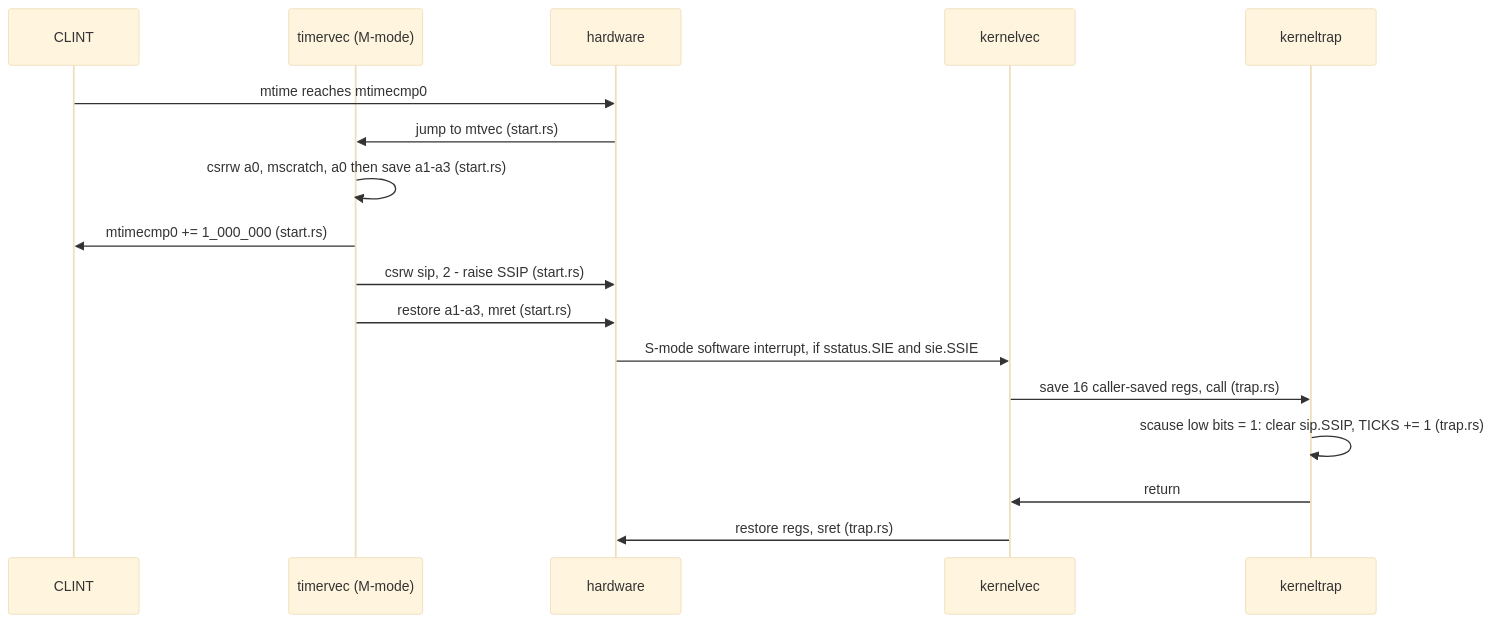
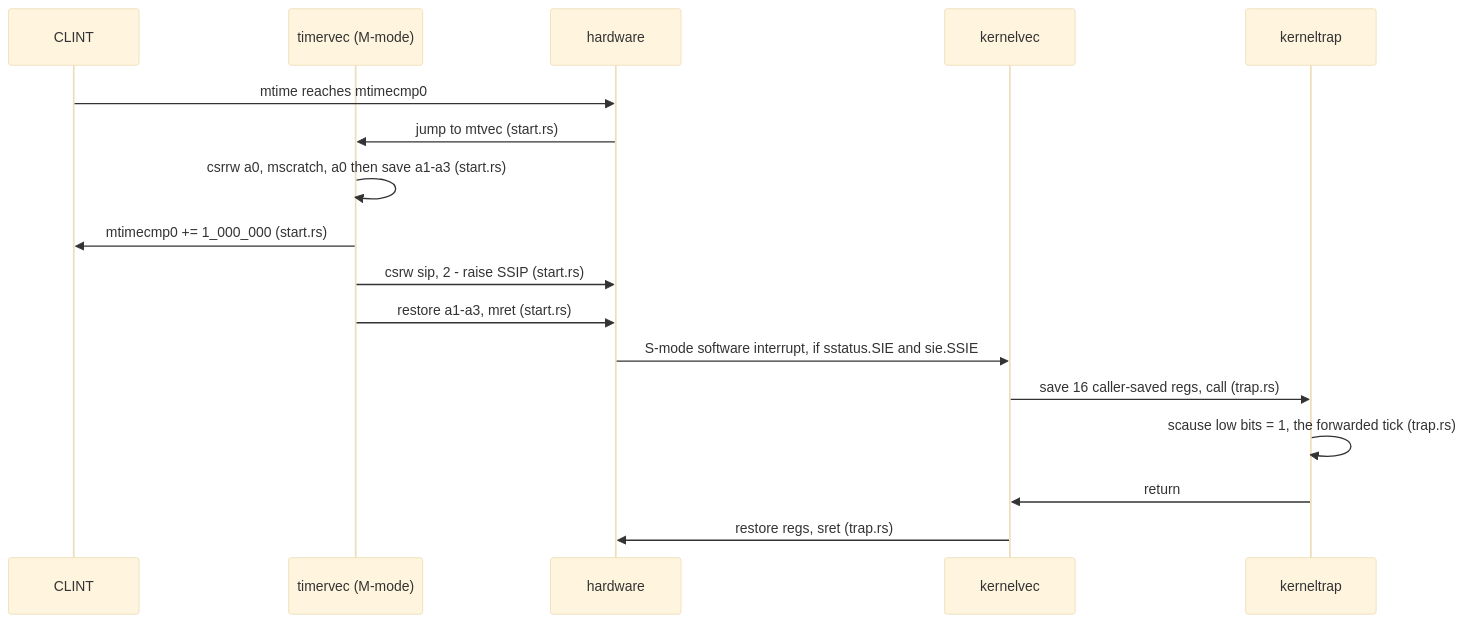
The third of 5 diagrams in docs/guides/rv6-architecture.md (USF-CS326-F26/USF-CS326-F26.github.io), drawn with Mermaid (base theme) before and after one commit. The commit also changed other lines of this file and 60 other files, not shown here.

````diff
--- a/docs/guides/rv6-architecture.md
+++ b/docs/guides/rv6-architecture.md
@@ -364,19 +364,19 @@
 ```mermaid
 sequenceDiagram
     participant CLINT
     participant timervec as timervec (M-mode)
     participant HW as hardware
     participant kernelvec
     participant kerneltrap
     CLINT->>HW: mtime reaches mtimecmp0
     HW->>timervec: jump to mtvec (start.rs)
     timervec->>timervec: csrrw a0, mscratch, a0 then save a1-a3 (start.rs)
     timervec->>CLINT: mtimecmp0 += 1_000_000 (start.rs)
     timervec->>HW: csrw sip, 2 - raise SSIP (start.rs)
     timervec->>HW: restore a1-a3, mret (start.rs)
     HW->>kernelvec: S-mode software interrupt, if sstatus.SIE and sie.SSIE
     kernelvec->>kerneltrap: save 16 caller-saved regs, call (trap.rs)
-    kerneltrap->>kerneltrap: scause low bits = 1: clear sip.SSIP, TICKS += 1 (trap.rs)
+    kerneltrap->>kerneltrap: scause low bits = 1, the forwarded tick (trap.rs)
     kerneltrap->>kernelvec: return
     kernelvec->>HW: restore regs, sret (trap.rs)
 ```
````
